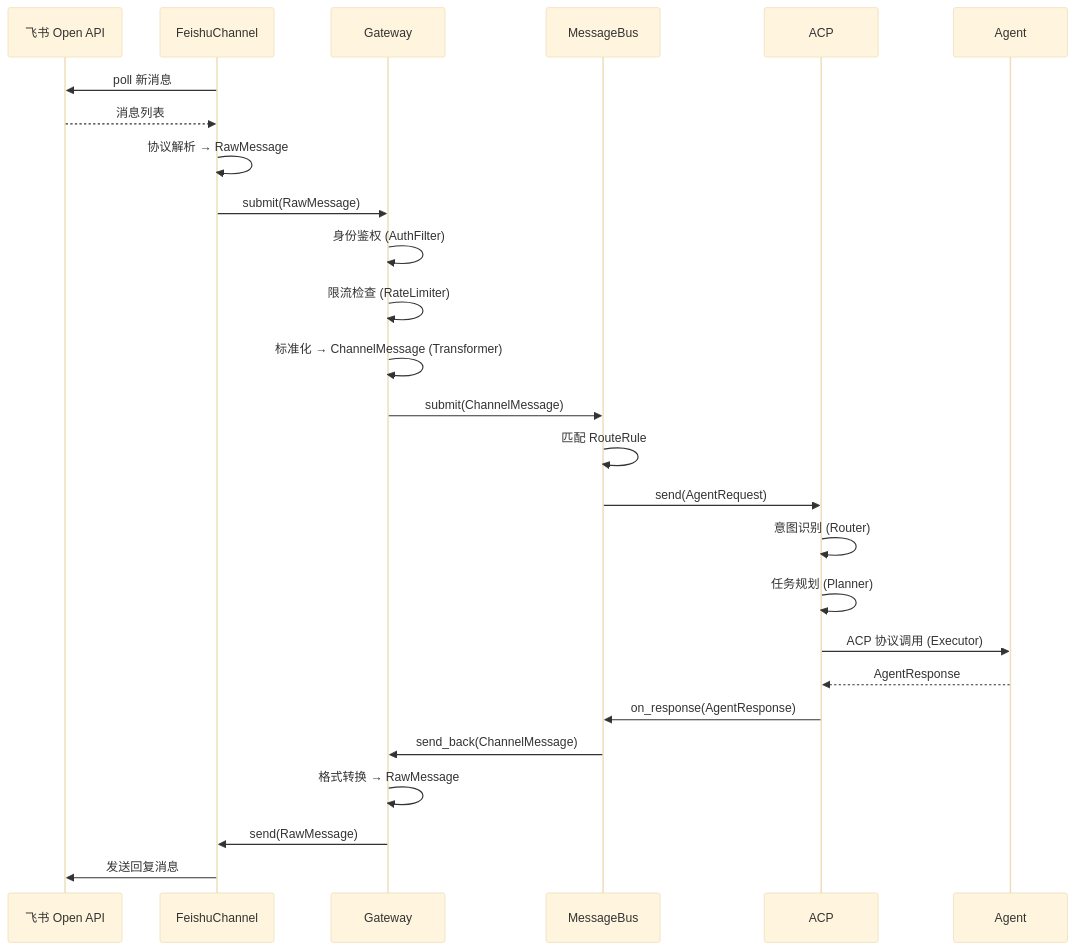
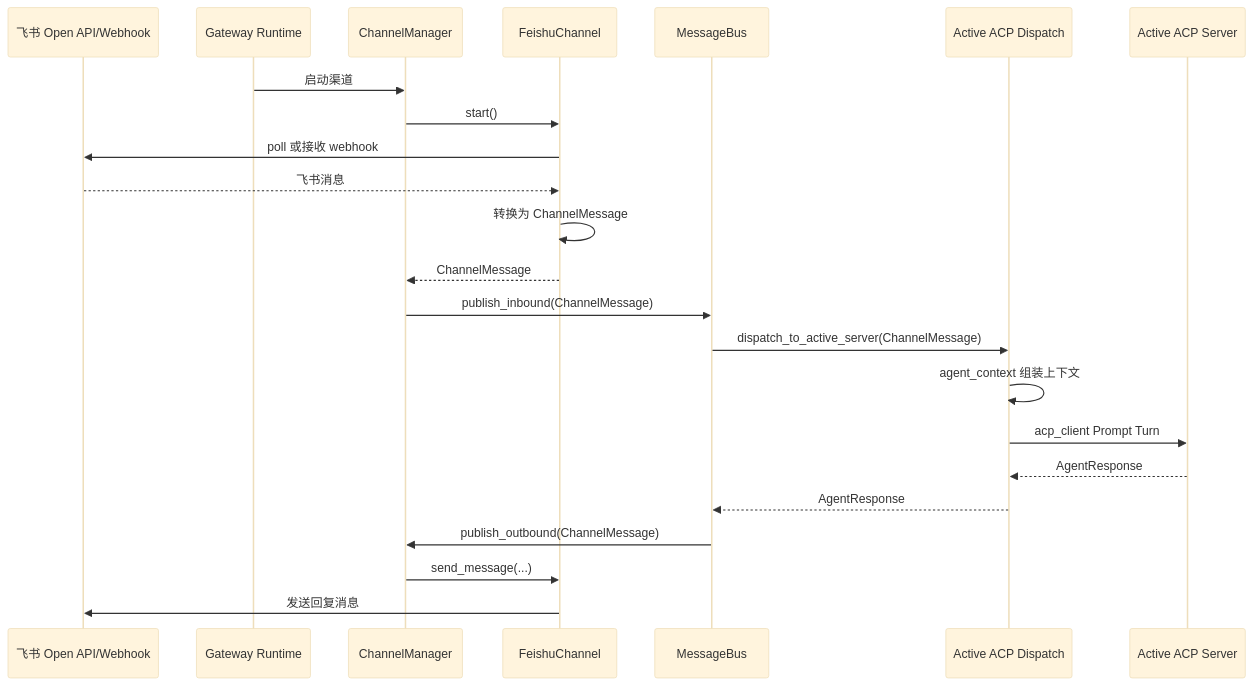
One commit to zhuxining/MindClaw changed the second of 3 diagrams in docs/architecture/00-overview.md. Above: the diagram before and after it, drawn with Mermaid (base theme). The commit also changed other lines of this file and 8 other files, not shown here.

First line of the commit message:
feat: 新增 Agent Context 架构层文档，完善四层架构设计

````diff
--- a/docs/architecture/00-overview.md
+++ b/docs/architecture/00-overview.md
@@ -169,32 +121,28 @@
 ```mermaid
 sequenceDiagram
-    participant FS as 飞书 Open API
+    participant FS as 飞书 Open API/Webhook
+    participant RT as Gateway Runtime
+    participant CM as ChannelManager
     participant FC as FeishuChannel
-    participant GW as Gateway
     participant MB as MessageBus
-    participant AC as ACP
-    participant AG as Agent
+    participant AD as Active ACP Dispatch
+    participant ACP as Active ACP Server
 
-    FC->>FS: poll 新消息
-    FS-->>FC: 消息列表
-    FC->>FC: 协议解析 → RawMessage
-    FC->>GW: submit(RawMessage)
+    RT->>CM: 启动渠道
+    CM->>FC: start()
+    FC->>FS: poll 或接收 webhook
+    FS-->>FC: 飞书消息
+    FC->>FC: 转换为 ChannelMessage
+    FC-->>CM: ChannelMessage
+    CM->>MB: publish_inbound(ChannelMessage)
 
-    GW->>GW: 身份鉴权 (AuthFilter)
-    GW->>GW: 限流检查 (RateLimiter)
-    GW->>GW: 标准化 → ChannelMessage (Transformer)
-    GW->>MB: submit(ChannelMessage)
+    MB->>AD: dispatch_to_active_server(ChannelMessage)
+    AD->>AD: agent_context 组装上下文
+    AD->>ACP: acp_client Prompt Turn
+    ACP-->>AD: AgentResponse
+    AD-->>MB: AgentResponse
 
-    MB->>MB: 匹配 RouteRule
-    MB->>AC: send(AgentRequest)
-    AC->>AC: 意图识别 (Router)
-    AC->>AC: 任务规划 (Planner)
-    AC->>AG: ACP 协议调用 (Executor)
-    AG-->>AC: AgentResponse
-    AC->>MB: on_response(AgentResponse)
-
-    MB->>GW: send_back(ChannelMessage)
-    GW->>GW: 格式转换 → RawMessage
-    GW->>FC: send(RawMessage)
+    MB->>CM: publish_outbound(ChannelMessage)
+    CM->>FC: send_message(...)
     FC->>FS: 发送回复消息
 ```
````
